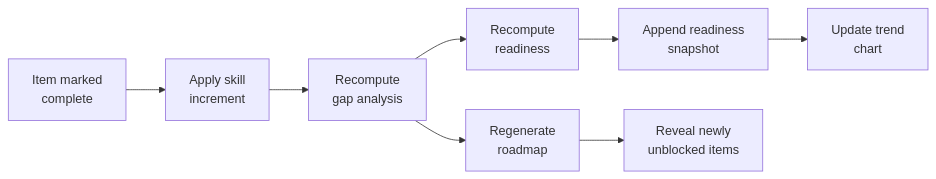
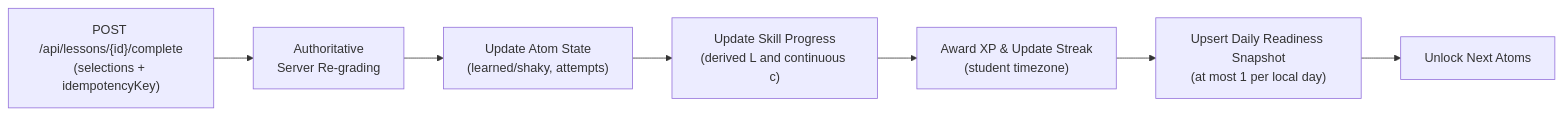
Before and after one commit to Masar-SCU/Masar: the second of 2 diagrams in docs/05-features-mvp.md, drawn with Mermaid. The commit also changed other lines of this file and 26 other files, not shown here.

First line of the commit message:
docs: master specification revision for atomic roadmap and defect fixes

````diff
--- a/docs/05-features-mvp.md
+++ b/docs/05-features-mvp.md
@@ -550,10 +377,9 @@
 ```mermaid
 flowchart LR
-    A["Item marked<br/>complete"] --> B["Apply skill<br/>increment"]
-    B --> C["Recompute<br/>gap analysis"]
-    C --> D["Recompute<br/>readiness"]
-    D --> E["Append readiness<br/>snapshot"]
-    C --> F["Regenerate<br/>roadmap"]
-    F --> G["Reveal newly<br/>unblocked items"]
-    E --> H["Update trend<br/>chart"]
+    A["POST /api/lessons/{id}/complete<br/>(selections + idempotencyKey)"] --> B["Authoritative<br/>Server Re-grading"]
+    B --> C["Update Atom State<br/>(learned/shaky, attempts)"]
+    C --> D["Update Skill Progress<br/>(derived L and continuous c)"]
+    D --> E["Award XP & Update Streak<br/>(student timezone)"]
+    E --> F["Upsert Daily Readiness Snapshot<br/>(at most 1 per local day)"]
+    F --> G["Unlock Next Atoms"]
 ```
````
